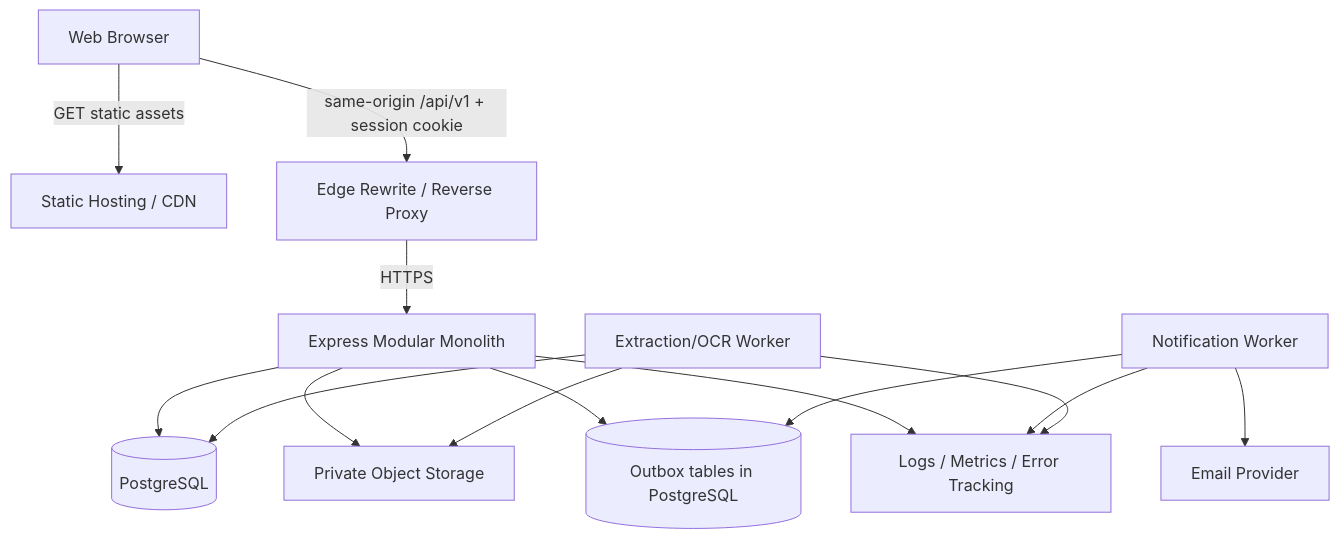
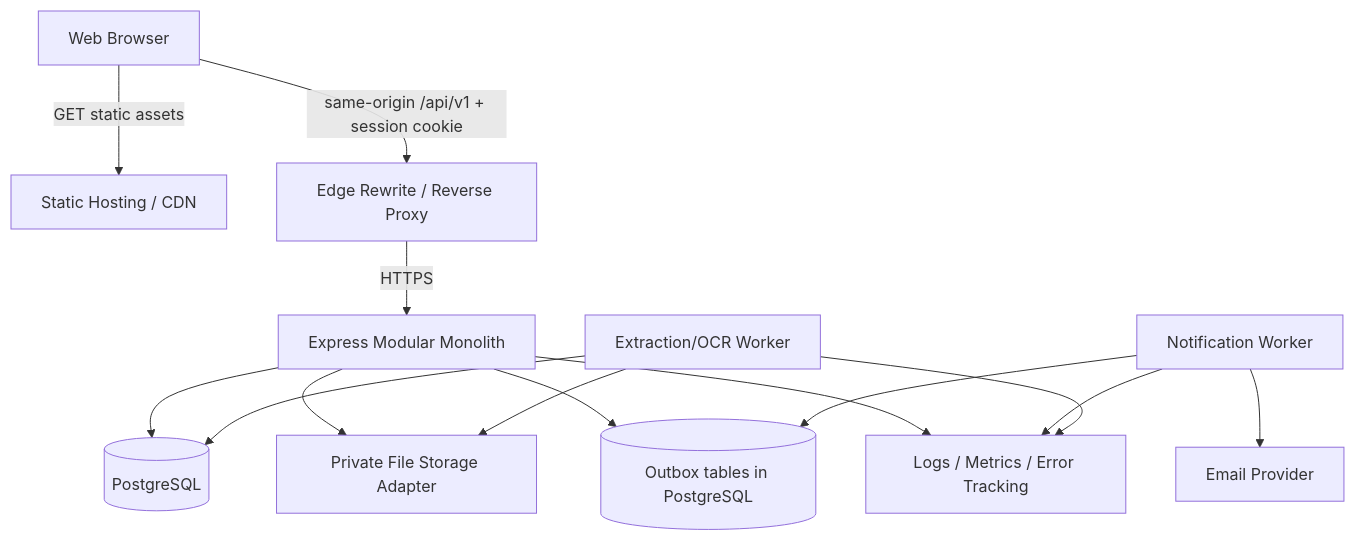
One commit to tnnhuaa/InterviewQuestionBank changed the second of 7 diagrams in docs/Project_Architecture/software_architecture.md. Above: the diagram before and after it, drawn with Mermaid. The commit also changed other lines of this file and 2 other files, not shown here.

Commit message:
docs(architecture): clarify MVP baseline and PoC validation scope

````diff
--- a/docs/Project_Architecture/software_architecture.md
+++ b/docs/Project_Architecture/software_architecture.md
@@ -123,16 +123,16 @@
 ```mermaid
 flowchart TB
     Browser["Web Browser"] -->|"GET static assets"| CDN["Static Hosting / CDN"]
     Browser -->|"same-origin /api/v1 + session cookie"| Proxy["Edge Rewrite / Reverse Proxy"]
     Proxy -->|HTTPS| API["Express Modular Monolith"]
     API --> DB[("PostgreSQL")]
-    API --> Obj["Private Object Storage"]
+    API --> Obj["Private File Storage Adapter"]
     DocWorker["Extraction/OCR Worker"] --> DB
     DocWorker --> Obj
     API --> Outbox[("Outbox tables in PostgreSQL")]
     Worker["Notification Worker"] --> Outbox
     Worker --> Email["Email Provider"]
     API --> Obs["Logs / Metrics / Error Tracking"]
     Worker --> Obs
     DocWorker --> Obs
 ```
````
